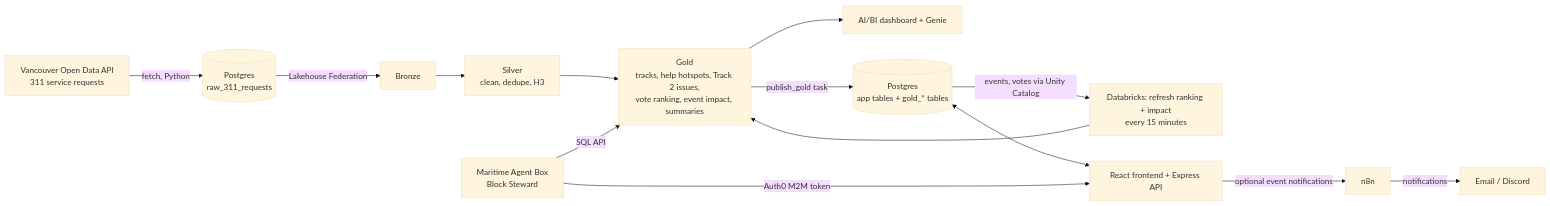
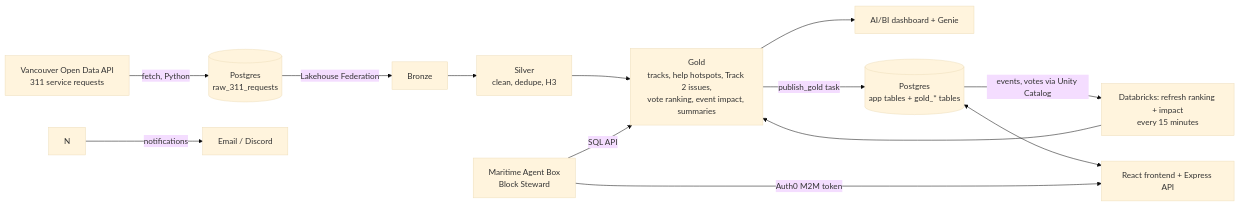
One commit to bg-06/HackCamp-2026 changed the second of 2 diagrams in plan.md. Above: the diagram before and after it, drawn with Mermaid (base theme). The commit also changed other lines of this file and 1 other file, not shown here.

````diff
--- a/plan.md
+++ b/plan.md
@@ -253,16 +252,15 @@
 ```mermaid
 flowchart LR
     A[Vancouver Open Data API<br/>311 service requests] -->|fetch, Python| PR[(Postgres<br/>raw_311_requests)]
     PR -->|Lakehouse Federation| C[Bronze]
     C --> D[Silver<br/>clean, dedupe, H3]
     D --> E[Gold<br/>tracks, help hotspots, Track 2 issues,<br/>vote ranking, event impact, summaries]
     E --> M[AI/BI dashboard + Genie]
     E -->|publish_gold task| P[(Postgres<br/>app tables + gold_* tables)]
     P -->|events, votes via Unity Catalog| R[Databricks: refresh ranking + impact<br/>every 15 minutes]
     P <--> F[React frontend + Express API]
-    F -->|optional event notifications| N[n8n]
     R --> E
     S[Maritime Agent Box<br/>Block Steward] -->|Auth0 M2M token| F
     S -->|SQL API| E
     N -->|notifications| X[Email / Discord]
 ```
````
